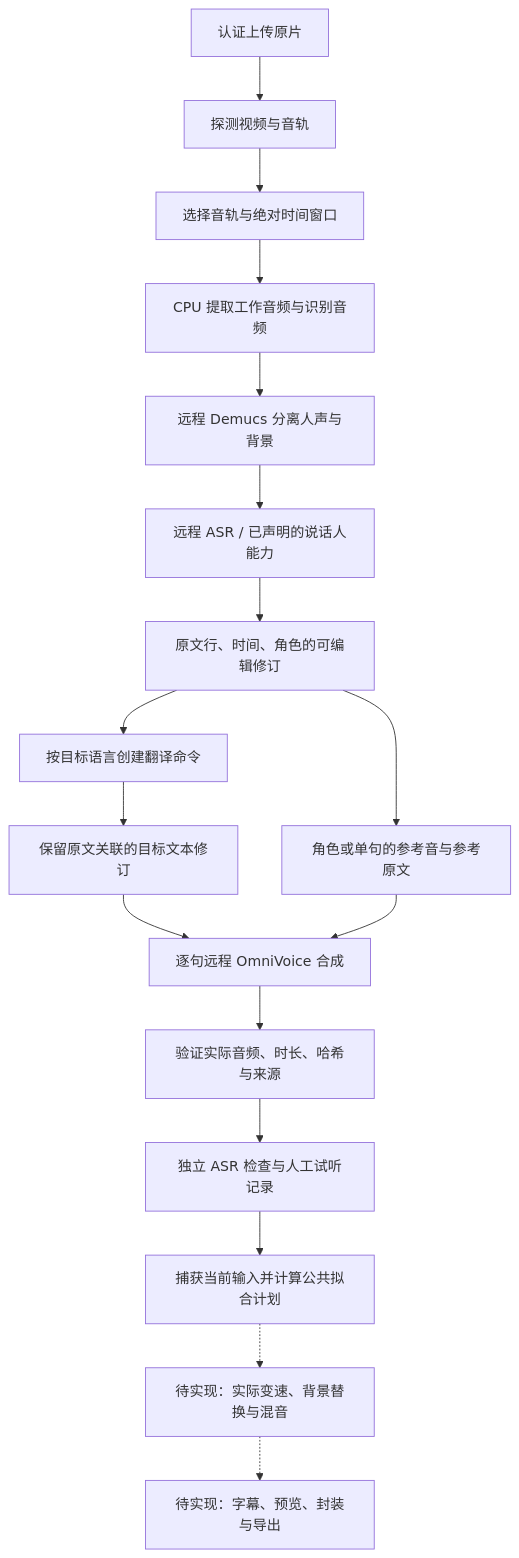
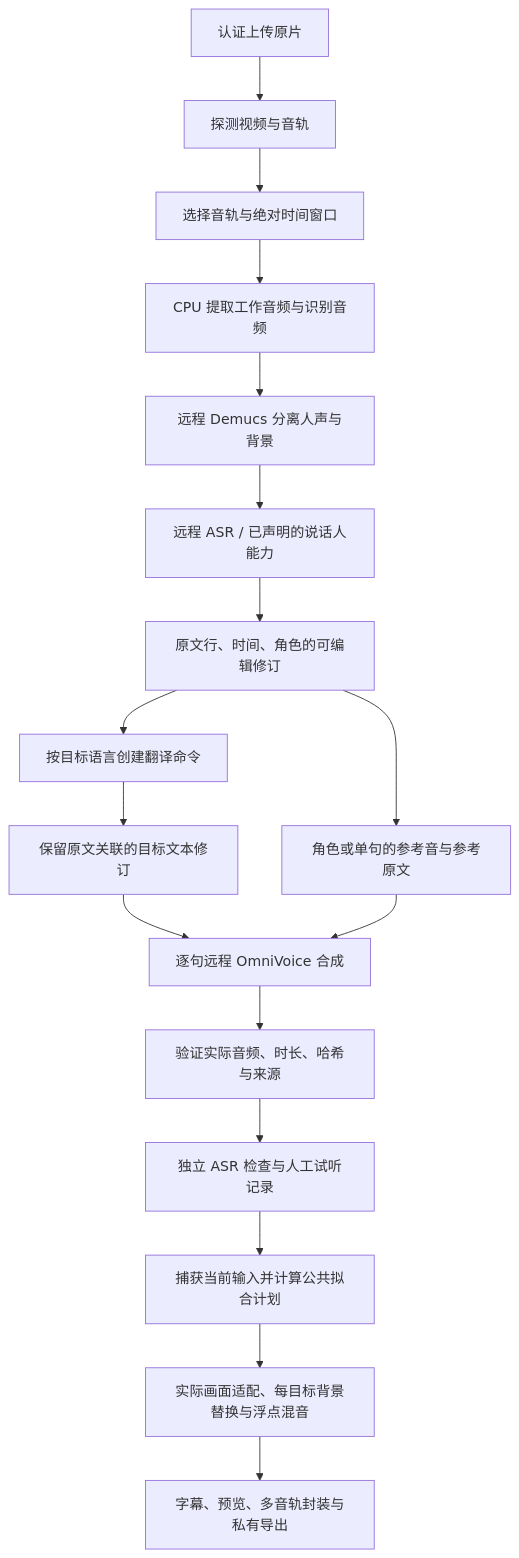
Before and after one commit to moose-lab/video-translate: the first of 5 diagrams in docs/engineering/voice-dubbing-source-flows.md, drawn with Mermaid. The commit also changed other lines of this file, not shown here.

Commit message:
docs: map verified Chinese dubbing and owned delivery flow

````diff
--- a/docs/engineering/voice-dubbing-source-flows.md
+++ b/docs/engineering/voice-dubbing-source-flows.md
@@ -7,19 +7,19 @@
 ```mermaid
 flowchart TD
   U[认证上传原片] --> P[探测视频与音轨]
   P --> S[选择音轨与绝对时间窗口]
   S --> E[CPU 提取工作音频与识别音频]
   E --> D[远程 Demucs 分离人声与背景]
   D --> A[远程 ASR / 已声明的说话人能力]
   A --> R[原文行、时间、角色的可编辑修订]
   R --> REF[角色或单句的参考音与参考原文]
   R --> T[按目标语言创建翻译命令]
   T --> TR[保留原文关联的目标文本修订]
   TR --> N[逐句远程 OmniVoice 合成]
   REF --> N
   N --> V[验证实际音频、时长、哈希与来源]
   V --> Q[独立 ASR 检查与人工试听记录]
   Q --> F[捕获当前输入并计算公共拟合计划]
-  F -.-> M[待实现：实际变速、背景替换与混音]
-  M -.-> X[待实现：字幕、预览、封装与导出]
+  F --> M[实际画面适配、每目标背景替换与浮点混音]
+  M --> X[字幕、预览、多音轨封装与私有导出]
 ```
````
